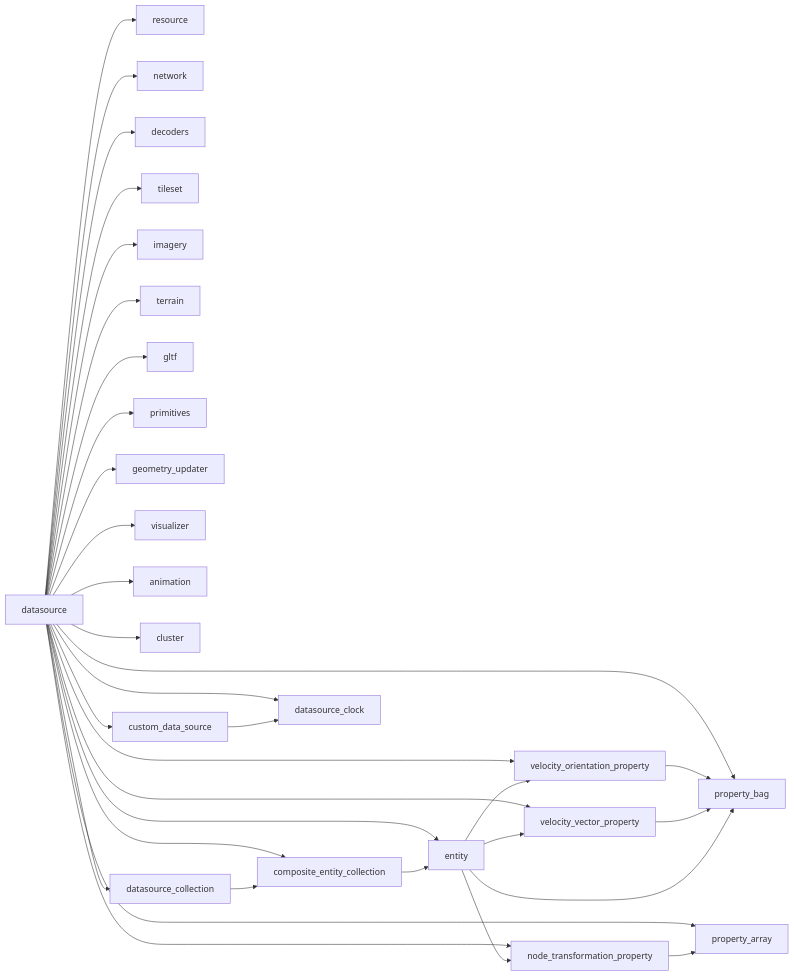
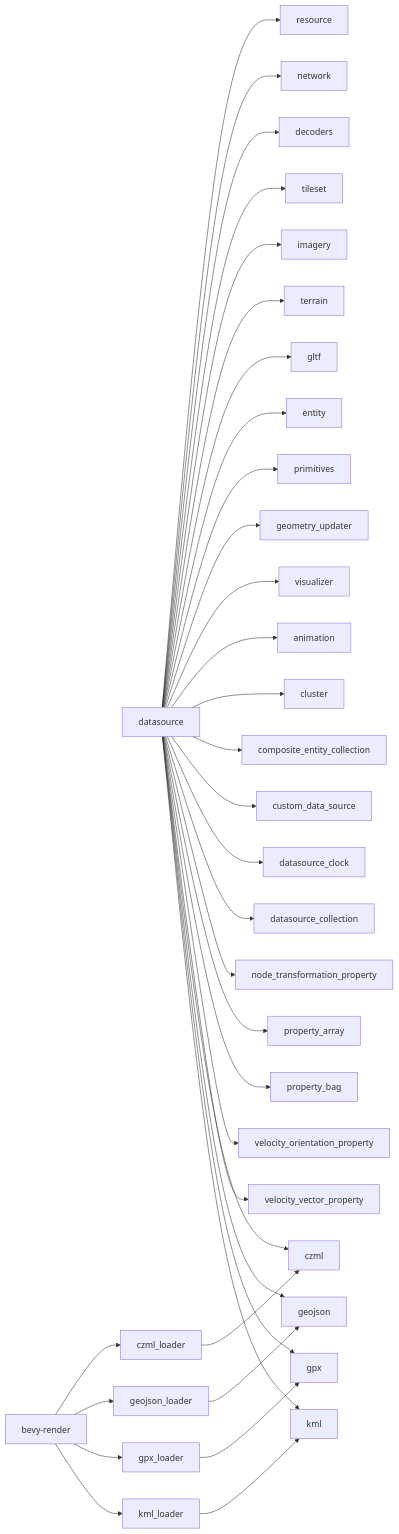
Before and after one commit to rzhangjing/cesium: the sixth of 6 diagrams in .qoder/repowiki/zh/content/项目概述/核心特性/地理空间数据处理/数据源框架.md, drawn with Mermaid. The commit also changed other lines of this file and 57 other files, not shown here.

````diff
--- a/.qoder/repowiki/zh/content/项目概述/核心特性/地理空间数据处理/数据源框架.md
+++ b/.qoder/repowiki/zh/content/项目概述/核心特性/地理空间数据处理/数据源框架.md
@@ -566,35 +530,37 @@
 ```mermaid
 graph LR
 DS["datasource"] --> RS["resource"]
 DS --> NET["network"]
 DS --> DEC["decoders"]
 DS --> TS["tileset"]
 DS --> IM["imagery"]
 DS --> TR["terrain"]
 DS --> GL["gltf"]
 DS --> EN["entity"]
 DS --> PR["primitives"]
 DS --> GU["geometry_updater"]
 DS --> VS["visualizer"]
 DS --> AN["animation"]
 DS --> CL["cluster"]
 DS --> CEC["composite_entity_collection"]
 DS --> CDS["custom_data_source"]
 DS --> DC["datasource_clock"]
 DS --> DSC["datasource_collection"]
 DS --> NTP["node_transformation_property"]
 DS --> PA["property_array"]
 DS --> PB["property_bag"]
 DS --> VOP["velocity_orientation_property"]
 DS --> VVP["velocity_vector_property"]
-CEC --> EN
-CDS --> DC
-DSC --> CEC
-NTP --> PA
-VOP --> PB
-VVP --> PB
-EN --> PB
-EN --> NTP
-EN --> VOP
-EN --> VVP
+DS --> CZML["czml"]
+DS --> GEO["geojson"]
+DS --> GPX["gpx"]
+DS --> KML["kml"]
+BEVY["bevy-render"] --> CZMLL["czml_loader"]
+BEVY --> GEOJL["geojson_loader"]
+BEVY --> GPXL["gpx_loader"]
+BEVY --> KMLL["kml_loader"]
+CZMLL --> CZML
+GEOJL --> GEO
+GPXL --> GPX
+KMLL --> KML
 ```
````
